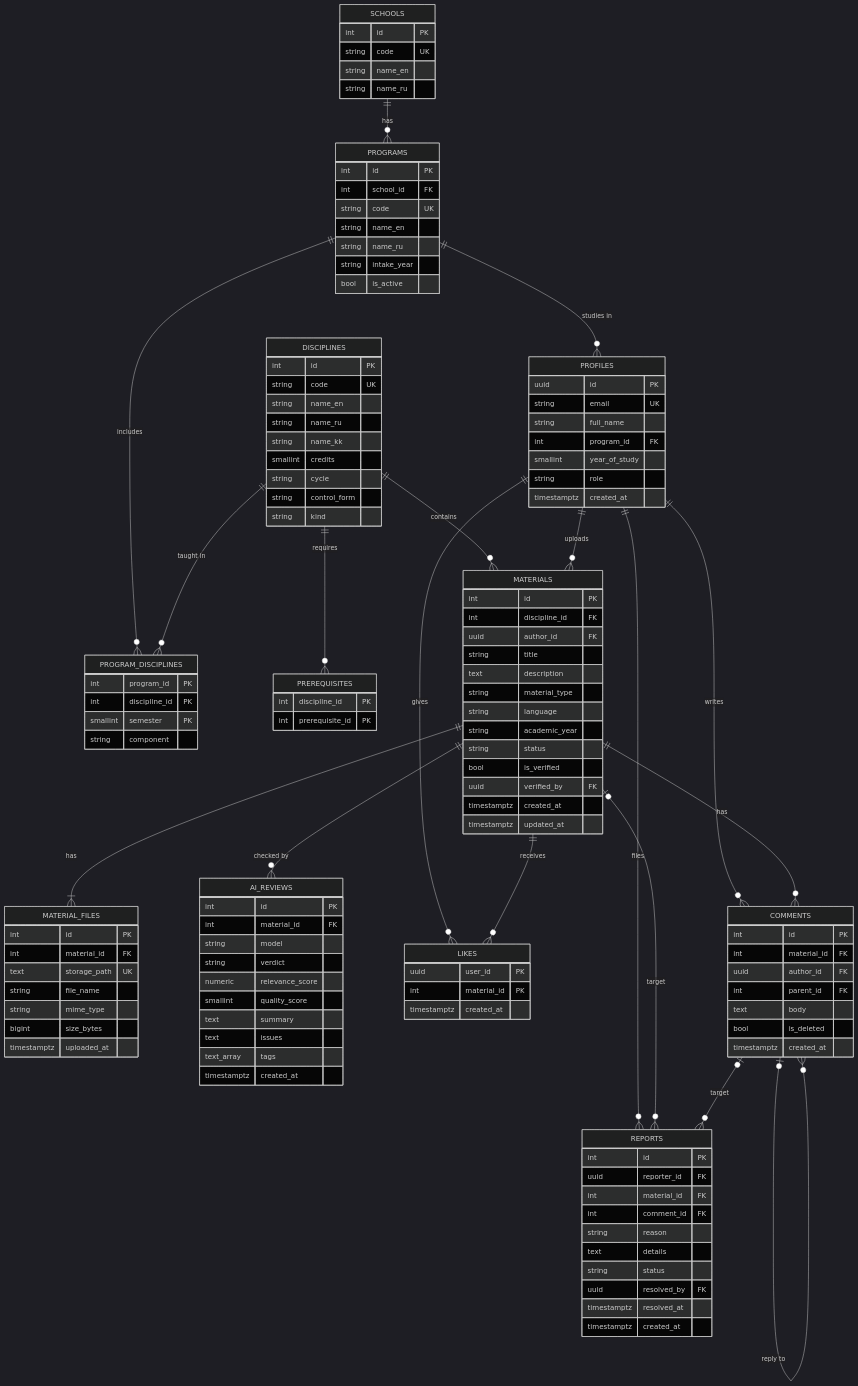
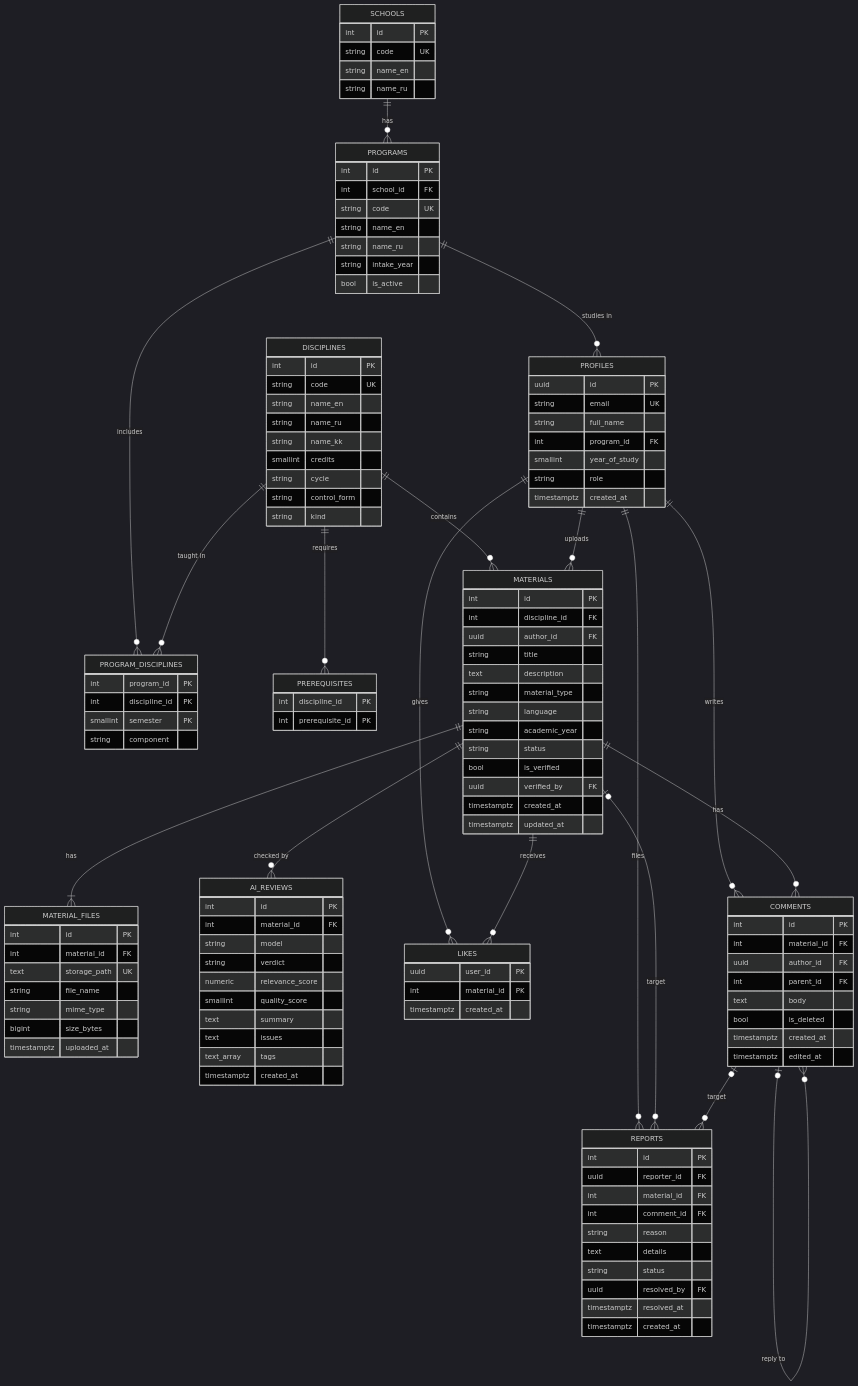
Before and after one commit to bekzatzhanatuly08-gif/kbtu_materials_archive: the diagram in docs/database.md, drawn with Mermaid (dark theme). The commit also changed 1 other file, not shown here.

Commit message:
Add edited_at to comments schema and diagram

```diff
--- a/docs/database.md
+++ b/docs/database.md
@@ -123,6 +123,7 @@
     text body
     bool is_deleted
     timestamptz created_at
+    timestamptz edited_at
   }
   REPORTS {
     int id PK
```
